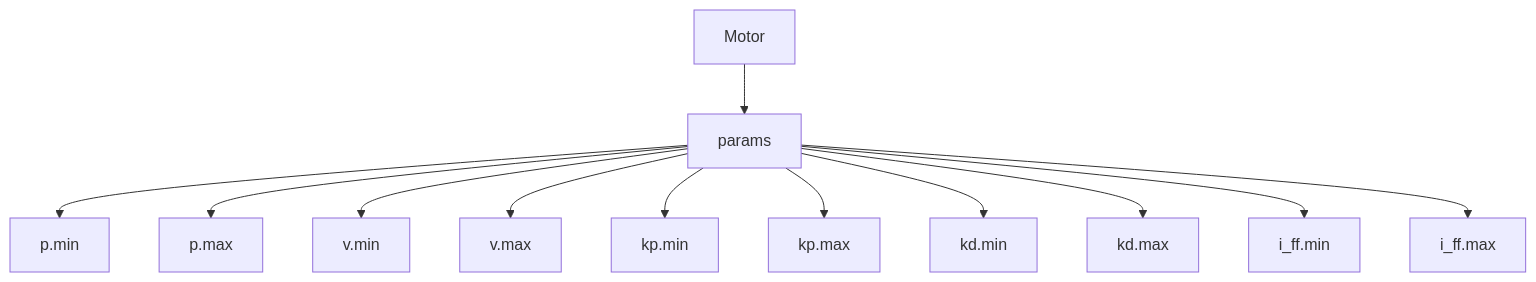
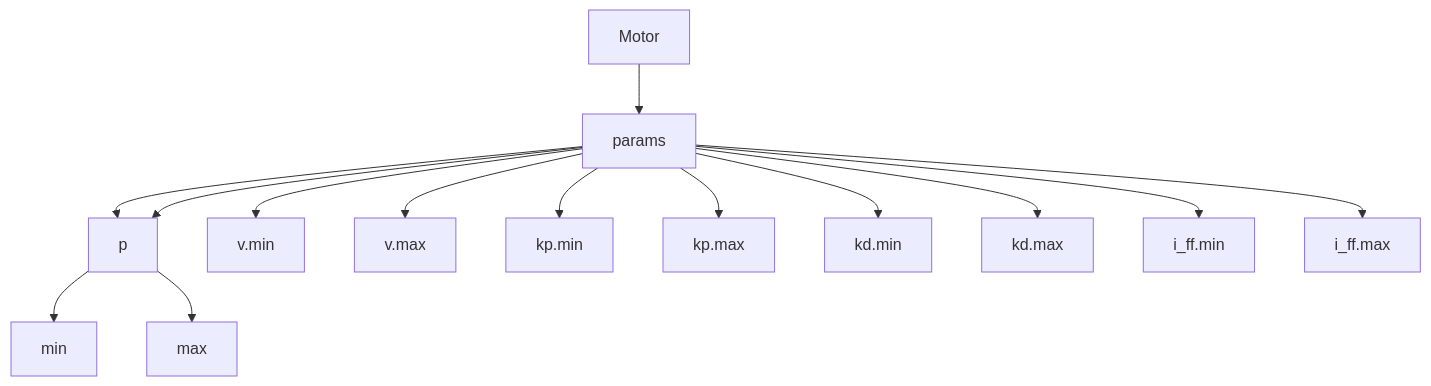
The diagram in README.md (NDHANA94/hyperdog.AI-microROS-workspace), drawn with Mermaid before and after one commit.

````diff
--- a/README.md
+++ b/README.md
@@ -13,16 +13,16 @@
 ```mermaid
 graph TD;
     Motor-->params;
-    params-->p.min;
-    params-->p.max;
+    params-->p-->min;
+    params-->p-->max;
     params-->v.min;
     params-->v.max;
     params-->kp.min;
     params-->kp.max;
     params-->kd.min;
     params-->kd.max;
     params-->i_ff.min;
     params-->i_ff.max;
 
     ;
 ```
````
